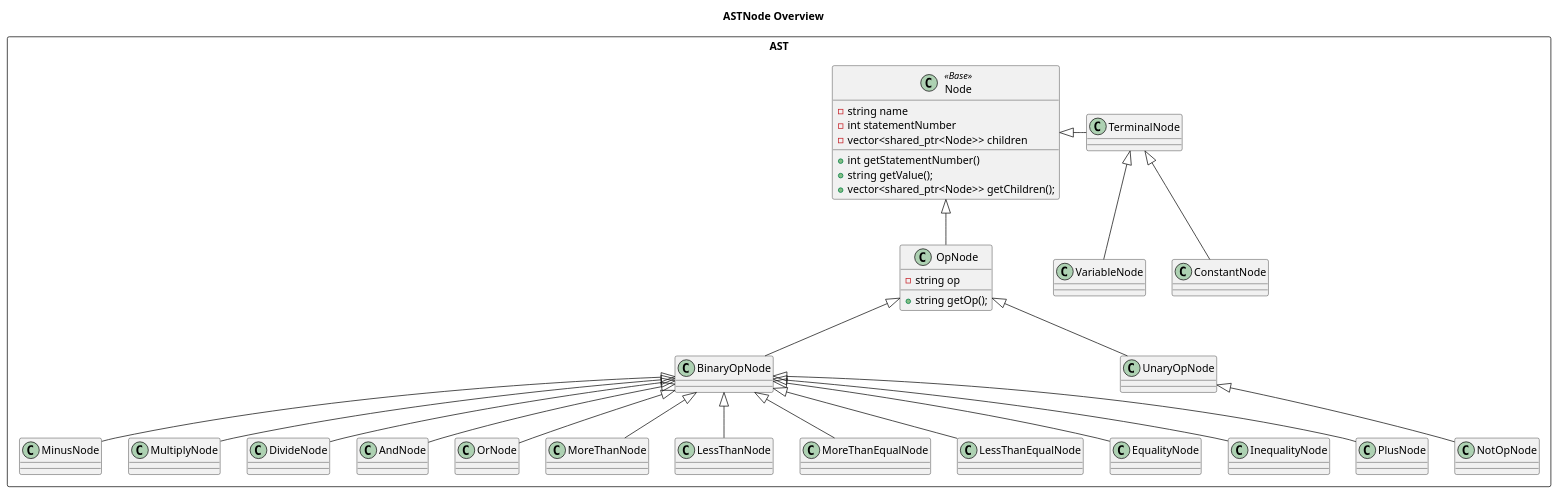
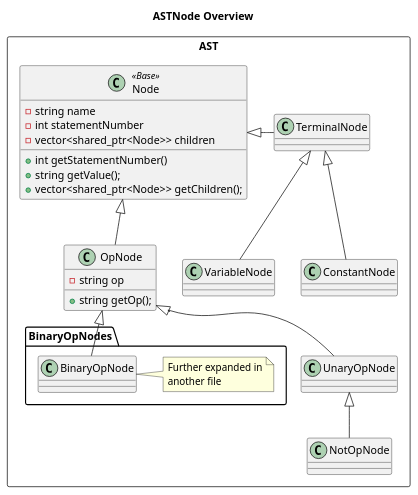
The diagram in Team18/Docs/SP/DiagramsV3/ASTNodeOverview/ASTNodeHiearchy.puml (NicsunXnus/SoftwareEngineeringProject), drawn with PlantUML before and after one commit. The commit also changed 29 other files, not shown here.

Commit message:
Update and add class diagrams for SP

```diff
--- a/Team18/Docs/SP/DiagramsV3/ASTNodeOverview/ASTNodeHiearchy.puml
+++ b/Team18/Docs/SP/DiagramsV3/ASTNodeOverview/ASTNodeHiearchy.puml
@@ -1,72 +1,54 @@
 @startuml
 
 ' !include ../style.puml
 'skinparam ClassFontColor #000000
 'skinparam ClassBorderColor #000000
 ' skinparam class {
 ' BackgroundColor<<ChildOfBase>> PaleGreen 
 ' ArrowColor SeaGreen
 ' BorderColor SpringGreen
 ' BackgroundColor<<Base>> Wheat
 ' BorderColor<<Base>> Salmon
 ' BackgroundColor<<GrandChildOfBase>> LightSeaGreen
 ' BorderColor<<GrandChildOfBase>> Salmon
 ' BackgroundColor<<GrandGrandChildOfBase>> Lavender
 ' BorderColor<<GrandGrandChildOfBase>> Salmon
 ' }
 
 title ASTNode Overview
 
 package AST <<Rectangle>> {
     Class Node <<Base>> {
         - string name
         - int statementNumber
         - vector<shared_ptr<Node>> children
         + int getStatementNumber()
         + string getValue();
         + vector<shared_ptr<Node>> getChildren();
     }
     Class OpNode {
         - string op
         + string getOp();
     }
-    Class BinaryOpNode
-    Class PlusNode
-    Class MinusNode
-    Class MultiplyNode
-    Class DivideNode
-    Class AndNode
-    Class OrNode
-    Class MoreThanNode
-    Class LessThanNode
-    Class MoreThanEqualNode
-    Class LessThanEqualNode
-    Class EqualityNode
-    Class InequalityNode
+    package BinaryOpNodes {
+        Class BinaryOpNode    
+        note right of BinaryOpNode
+        Further expanded in
+        another file
+        end note
+    }
     Class UnaryOpNode
     Class NotOpNode
     Class TerminalNode
     Class ConstantNode
     Class VariableNode 
 
     Node <|-- OpNode
     OpNode <|-- BinaryOpNode
-    BinaryOpNode <|-- PlusNode
-    BinaryOpNode <|-- MinusNode
-    BinaryOpNode <|-- MultiplyNode
-    BinaryOpNode <|-- DivideNode
-    BinaryOpNode <|-- AndNode
-    BinaryOpNode <|-- OrNode
-    BinaryOpNode <|-- MoreThanNode
-    BinaryOpNode <|-- LessThanNode
-    BinaryOpNode <|-- MoreThanEqualNode
-    BinaryOpNode <|-- LessThanEqualNode
-    BinaryOpNode <|-- EqualityNode
-    BinaryOpNode <|-- InequalityNode
     OpNode <|-- UnaryOpNode
     UnaryOpNode <|-- NotOpNode
     Node <|-right- TerminalNode
     TerminalNode <|-- ConstantNode
     TerminalNode <|-- VariableNode
 }
 @enduml
```
